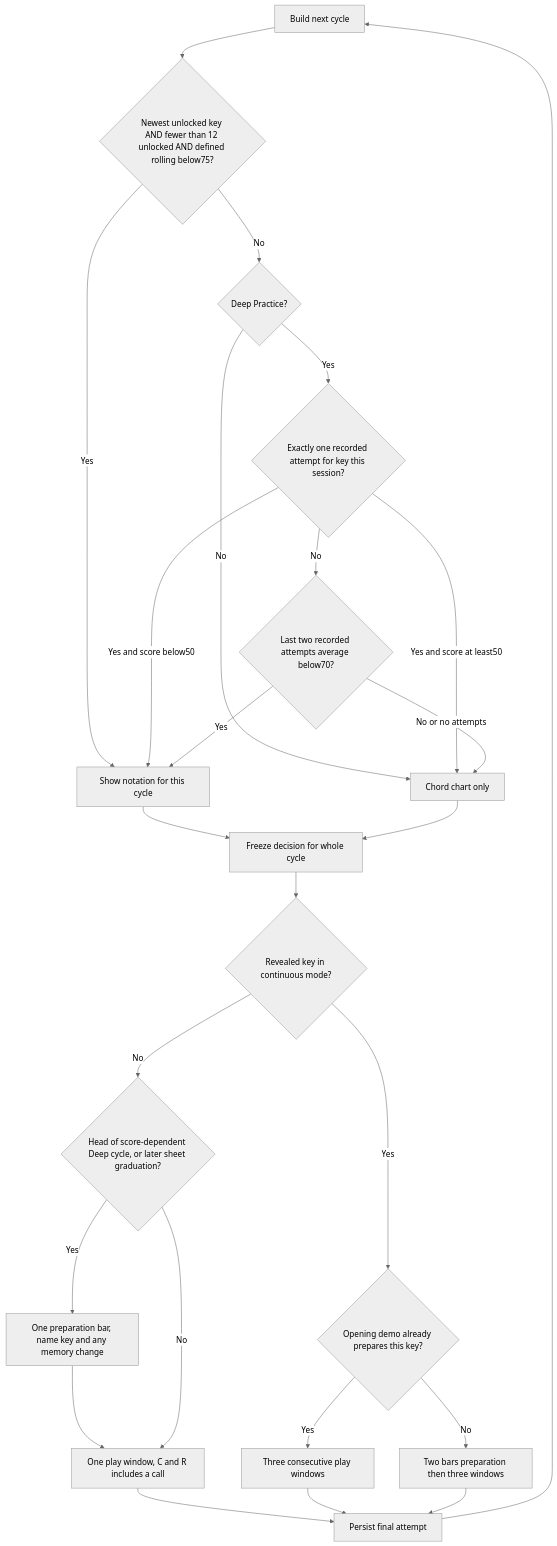
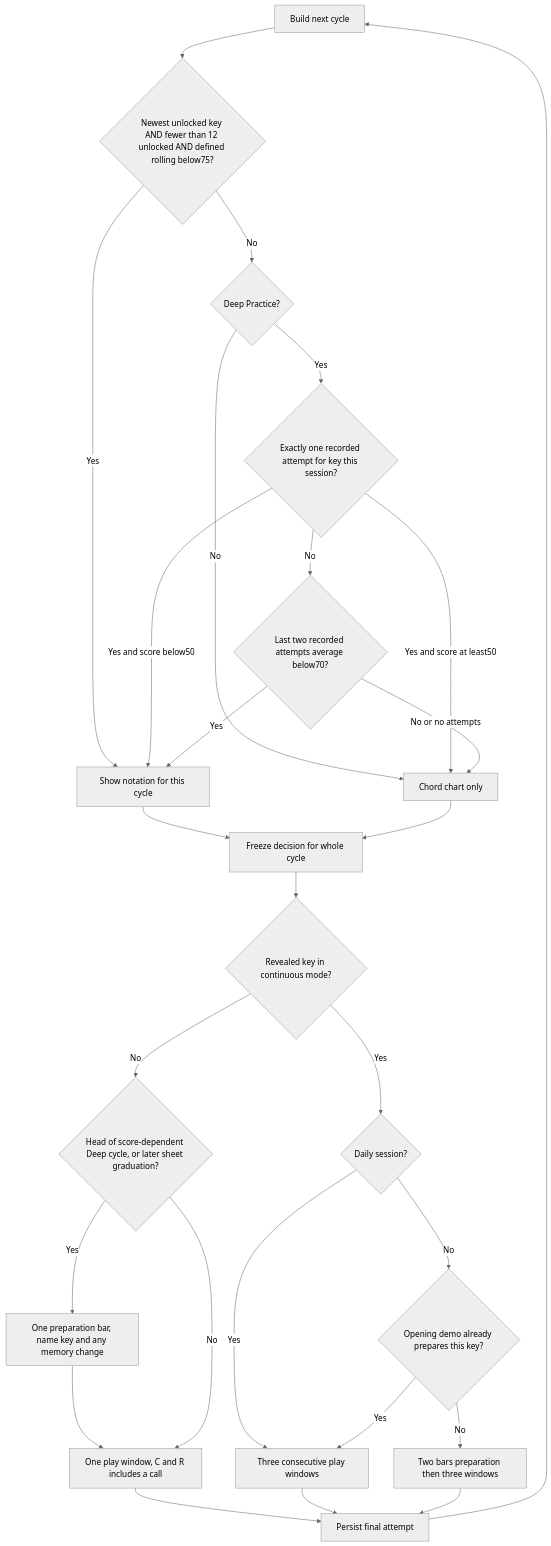
One commit to avitus/mankunku changed the eighth of 10 diagrams in documentation/architecture/lick-practice-state-machines.md. Above: the diagram before and after it, drawn with Mermaid (neutral theme). The commit also changed other lines of this file and 13 other files, not shown here.

````diff
--- a/documentation/architecture/lick-practice-state-machines.md
+++ b/documentation/architecture/lick-practice-state-machines.md
@@ -251,27 +267,29 @@
 ```mermaid
 flowchart TD
     Build[Build next cycle] --> Legacy{Newest unlocked key AND fewer than 12 unlocked AND defined rolling below75?}
     Legacy -->|Yes| Reveal[Show notation for this cycle]
     Legacy -->|No| Deep{Deep Practice?}
     Deep -->|No| Memory[Chord chart only]
     Deep -->|Yes| One{Exactly one recorded attempt for key this session?}
     One -->|Yes and score below50| Reveal
     One -->|Yes and score at least50| Memory
     One -->|No| Two{Last two recorded attempts average below70?}
     Two -->|Yes| Reveal
     Two -->|No or no attempts| Memory
     Reveal --> Freeze[Freeze decision for whole cycle]
     Memory --> Freeze
     Freeze --> Prep{Revealed key in continuous mode?}
     Prep -->|No| Entrance{Head of score-dependent Deep cycle, or later sheet graduation?}
     Entrance -->|Yes| Ready[One preparation bar, name key and any memory change]
     Ready --> OnePass[One play window, C and R includes a call]
     Entrance -->|No| OnePass
-    Prep -->|Yes| Demo{Opening demo already prepares this key?}
-    Demo -->|Yes| Three[Three consecutive play windows]
+    Prep -->|Yes| Daily{Daily session?}
+    Daily -->|Yes| Three[Three consecutive play windows]
+    Daily -->|No| Demo{Opening demo already prepares this key?}
+    Demo -->|Yes| Three
     Demo -->|No| Pause[Two bars preparation then three windows]
     OnePass --> Final[Persist final attempt]
     Three --> Final
     Pause --> Final
     Final --> Build
 ```
````
